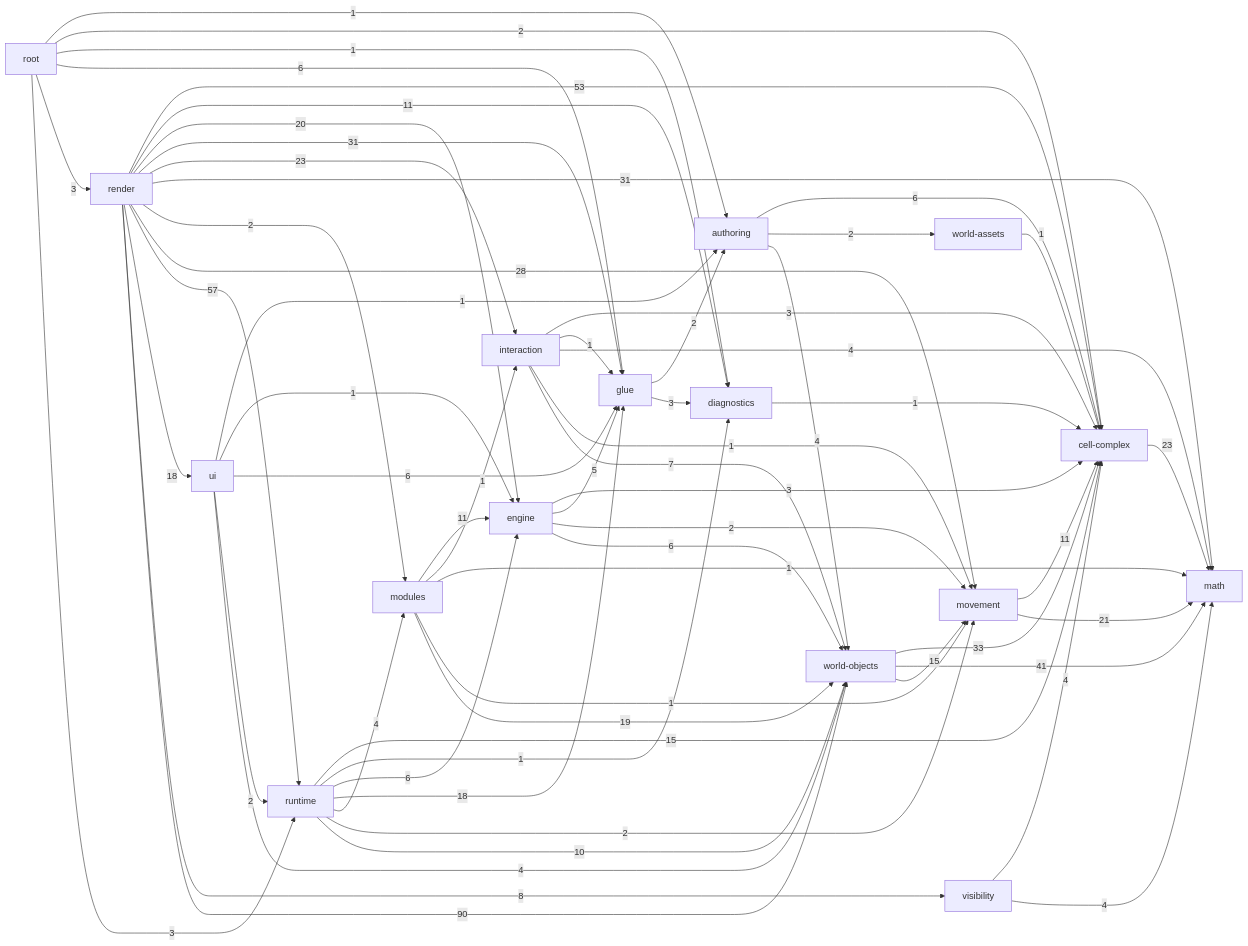
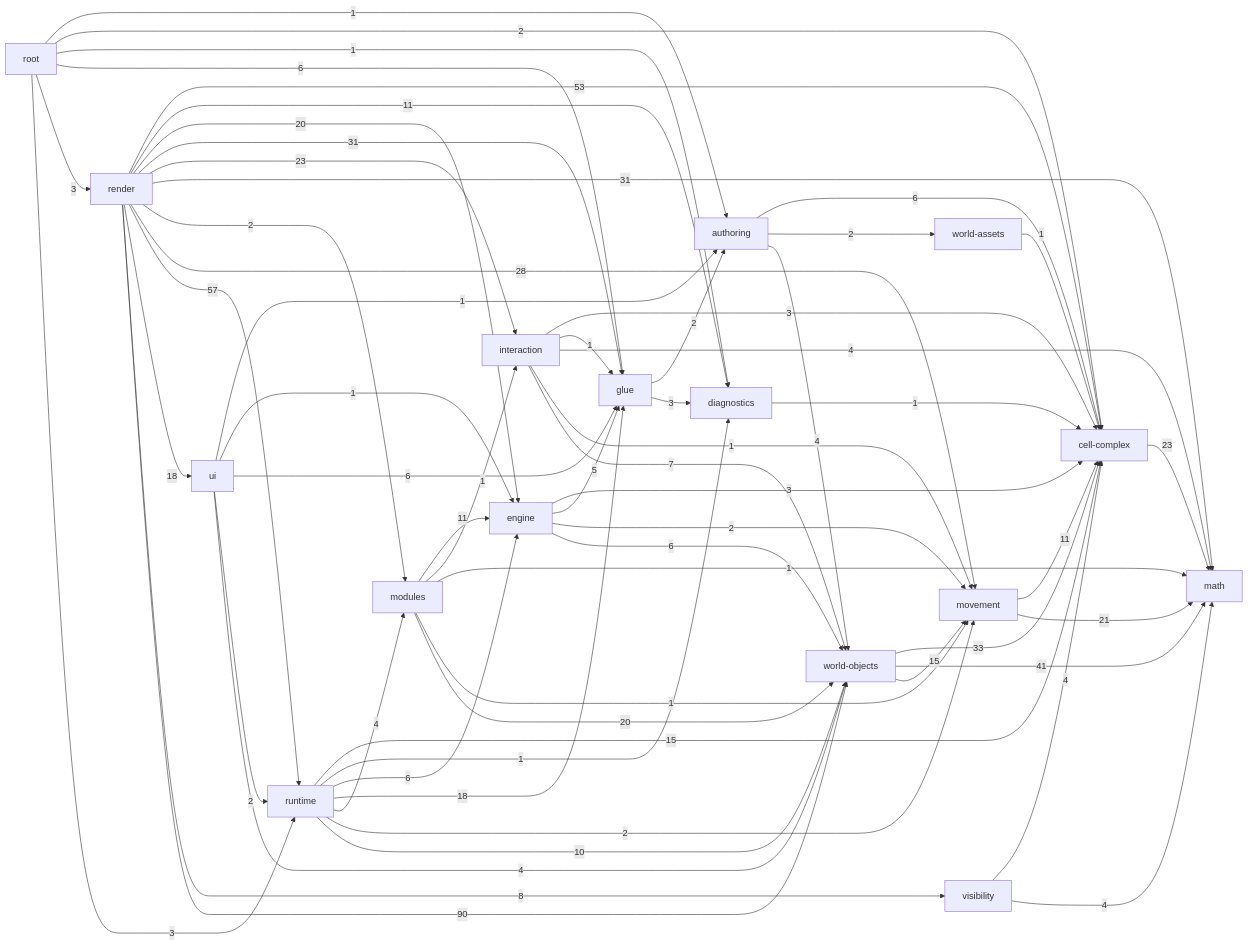
The diagram in _docs/generated/ARCHITECTURE_REFERENCE.md (guraltsev/noneuclid-fpv), drawn with Mermaid before and after one commit. The commit also changed other lines of this file and 98 other files, not shown here.

````diff
--- a/_docs/generated/ARCHITECTURE_REFERENCE.md
+++ b/_docs/generated/ARCHITECTURE_REFERENCE.md
@@ -37,78 +37,78 @@
 ```mermaid
 flowchart LR
   math["math"]
   cell_complex["cell-complex"]
   diagnostics["diagnostics"]
   visibility["visibility"]
   movement["movement"]
   world_assets["world-assets"]
   world_objects["world-objects"]
   authoring["authoring"]
   glue["glue"]
   interaction["interaction"]
   engine["engine"]
   modules["modules"]
   runtime["runtime"]
   ui["ui"]
   render["render"]
   root["root"]
   authoring -->|6| cell_complex
   authoring -->|2| world_assets
   authoring -->|4| world_objects
   cell_complex -->|23| math
   diagnostics -->|1| cell_complex
   engine -->|3| cell_complex
   engine -->|5| glue
   engine -->|2| movement
   engine -->|6| world_objects
   glue -->|2| authoring
   glue -->|3| diagnostics
   interaction -->|3| cell_complex
   interaction -->|1| glue
   interaction -->|4| math
   interaction -->|1| movement
   interaction -->|7| world_objects
   modules -->|11| engine
   modules -->|1| interaction
   modules -->|1| math
   modules -->|1| movement
-  modules -->|19| world_objects
+  modules -->|20| world_objects
   movement -->|11| cell_complex
   movement -->|21| math
   render -->|53| cell_complex
   render -->|11| diagnostics
   render -->|20| engine
   render -->|31| glue
   render -->|23| interaction
   render -->|31| math
   render -->|2| modules
   render -->|28| movement
   render -->|57| runtime
   render -->|18| ui
   render -->|8| visibility
   render -->|90| world_objects
   root -->|1| authoring
   root -->|2| cell_complex
   root -->|1| diagnostics
   root -->|6| glue
   root -->|3| render
   root -->|3| runtime
   runtime -->|15| cell_complex
   runtime -->|1| diagnostics
   runtime -->|6| engine
   runtime -->|18| glue
   runtime -->|4| modules
   runtime -->|2| movement
   runtime -->|10| world_objects
   ui -->|1| authoring
   ui -->|1| engine
   ui -->|6| glue
   ui -->|2| runtime
   ui -->|4| world_objects
   visibility -->|4| cell_complex
   visibility -->|4| math
   world_assets -->|1| cell_complex
   world_objects -->|33| cell_complex
   world_objects -->|41| math
   world_objects -->|15| movement
 ```
````
